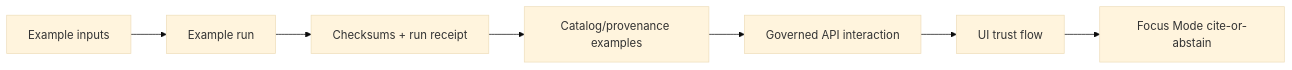
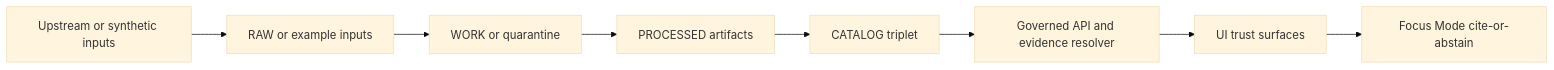
The first of 2 diagrams in examples/README.md (bartytime4life/Kansas-Frontier-Matrix), drawn with Mermaid (base theme) before and after one commit. The commit also changed other lines of this file, not shown here.

````diff
--- a/examples/README.md
+++ b/examples/README.md
@@ -106,9 +129,10 @@
 ```mermaid
 flowchart LR
-  A[Example inputs] --> B[Example run]
-  B --> C[Checksums + run receipt]
-  C --> D[Catalog/provenance examples]
-  D --> E[Governed API interaction]
-  E --> F[UI trust flow]
-  F --> G[Focus Mode cite-or-abstain]
+  U[Upstream or synthetic inputs] --> R[RAW or example inputs]
+  R --> W[WORK or quarantine]
+  W --> P[PROCESSED artifacts]
+  P --> C[CATALOG triplet]
+  C --> API[Governed API and evidence resolver]
+  API --> UI[UI trust surfaces]
+  UI --> FM[Focus Mode cite-or-abstain]
 ```
````
